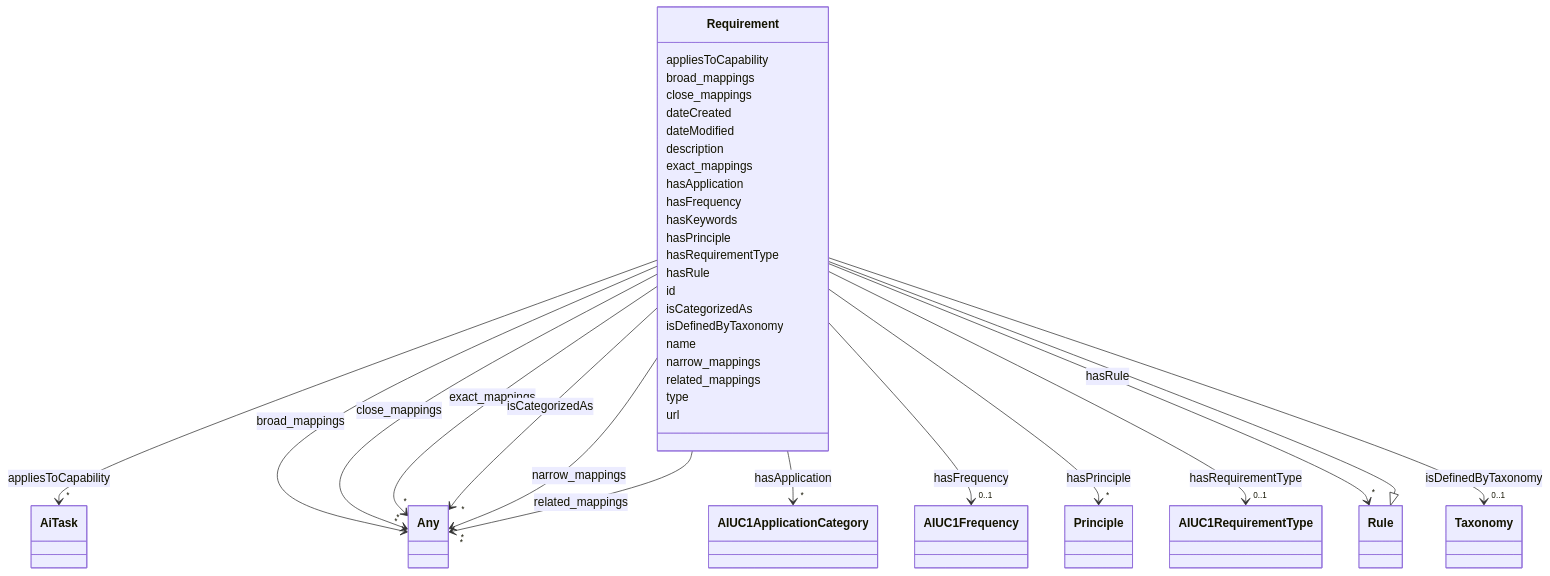
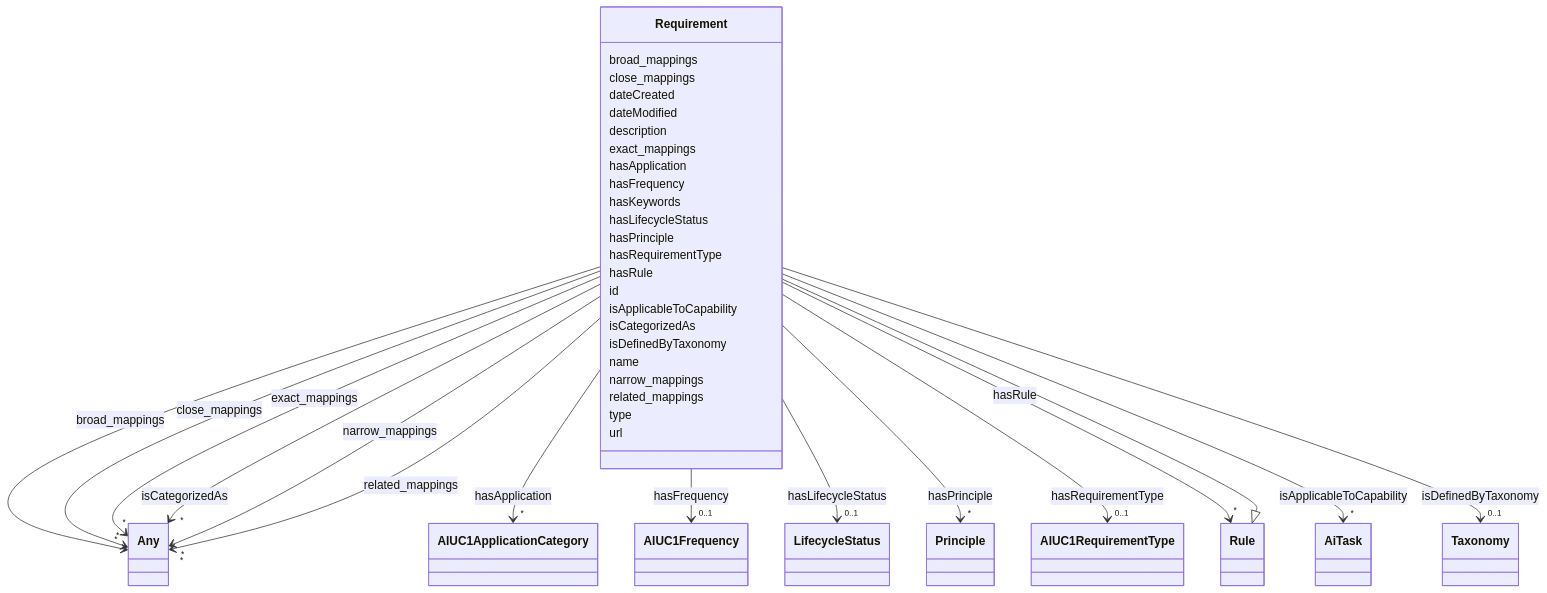
The diagram in docs/ontology/Requirement.md (ingelise/risk-atlas-nexus), drawn with Mermaid before and after one commit. The commit also changed other lines of this file and 206 other files, not shown here.

```diff
--- a/docs/ontology/Requirement.md
+++ b/docs/ontology/Requirement.md
@@ -17,17 +17,6 @@
     click Requirement href "../Requirement/"
       Rule <|-- Requirement
         click Rule href "../Rule/"
-
-      Requirement : appliesToCapability
-
-
-
-
-
-        Requirement --> "*" AiTask : appliesToCapability
-        click AiTask href "../AiTask/"
-
-
 
       Requirement : broad_mappings
 
@@ -92,6 +81,17 @@
 
       Requirement : hasKeywords
 
+      Requirement : hasLifecycleStatus
+
+
+
+
+
+        Requirement --> "0..1" LifecycleStatus : hasLifecycleStatus
+        click LifecycleStatus href "../LifecycleStatus/"
+
+
+
       Requirement : hasPrinciple
 
 
@@ -126,6 +126,17 @@
 
 
       Requirement : id
+
+      Requirement : isApplicableToCapability
+
+
+
+
+
+        Requirement --> "*" AiTask : isApplicableToCapability
+        click AiTask href "../AiTask/"
+
+
 
       Requirement : isCategorizedAs
 
```
